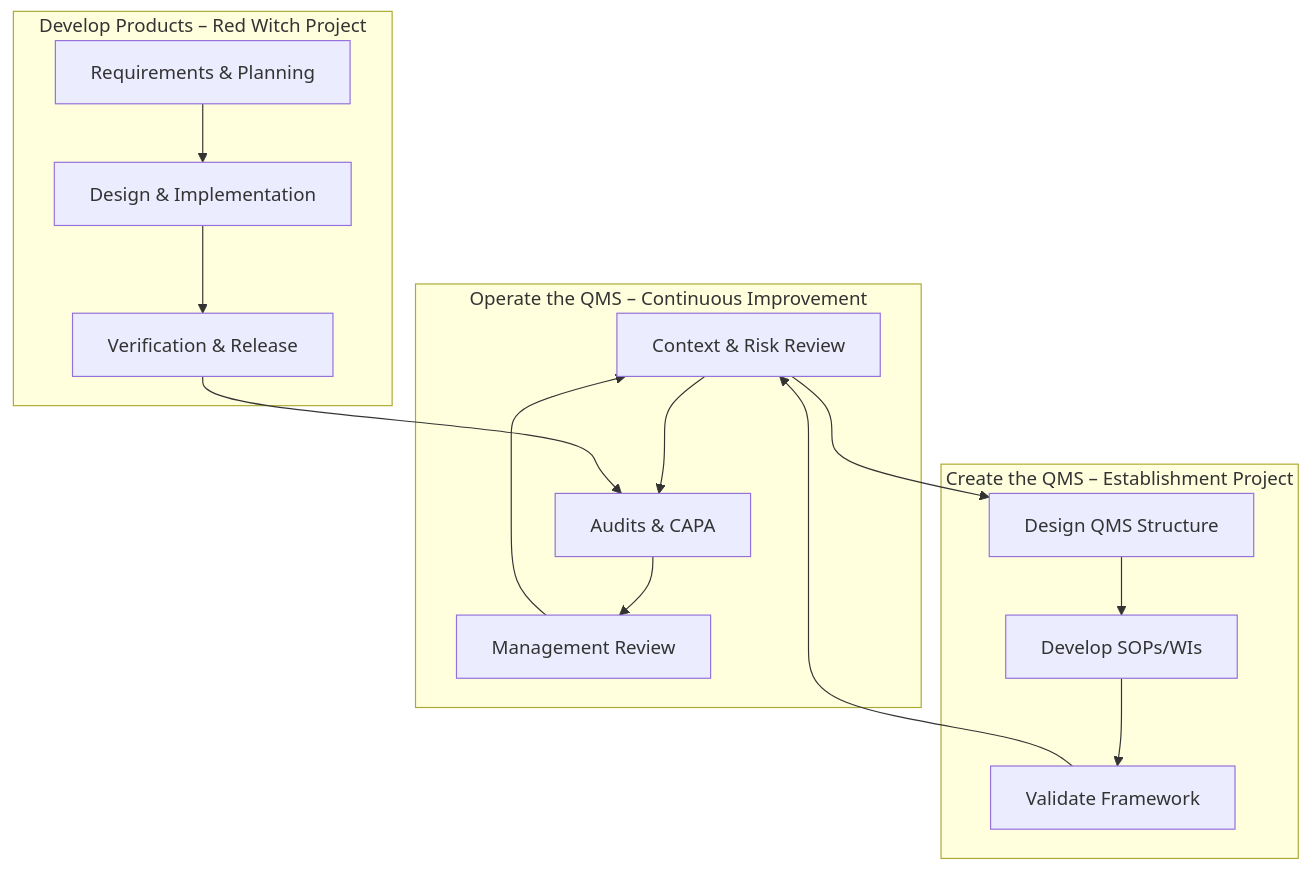
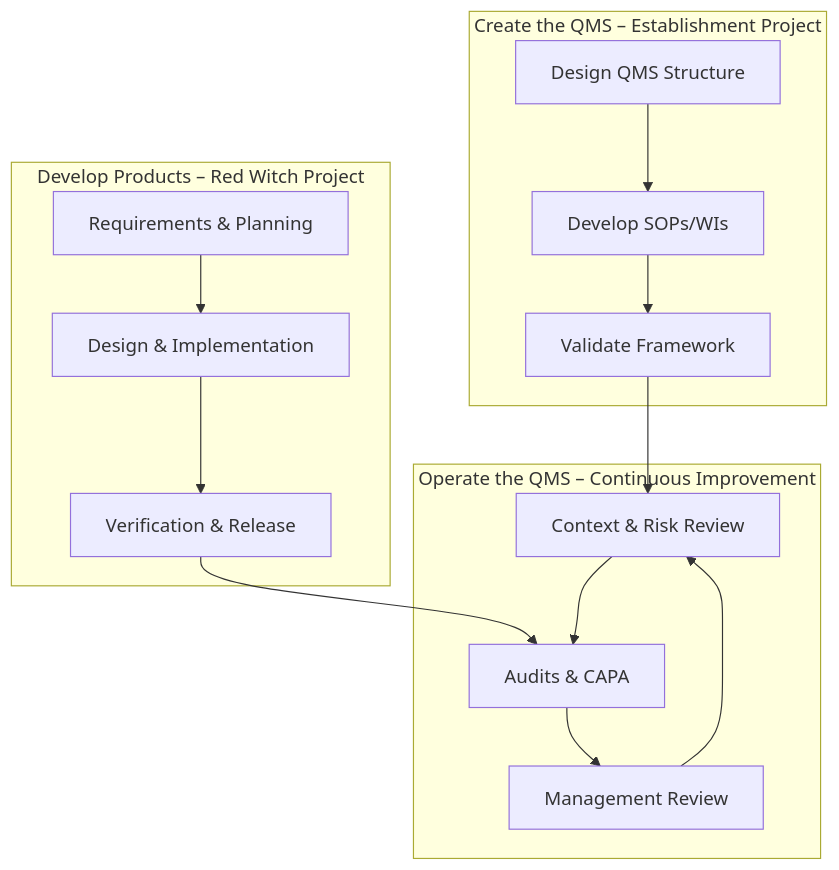
One commit to Floating-Eye-Software/fley-qms changed the second of 2 diagrams in QMS/Process-Map.md. Above: the diagram before and after it, drawn with Mermaid. The commit also changed other lines of this file, not shown here.

Commit message:
add new QMS structure diagram, refs #4

`````diff
--- a/QMS/Process-Map.md
+++ b/QMS/Process-Map.md
@@ -13,16 +77,16 @@
 ```mermaid
 flowchart TD
     subgraph Operate[Operate the QMS – Continuous Improvement]
-        A1[Context & Risk Review] --> A2[Audits & CAPA] --> A3[Management Review]
+        A1[Context & Risk Review] --> A2[Audits & CAPA]
+        A2 --> A3[Management Review]
+        A3 --> A1
     end
     subgraph Create[Create the QMS – Establishment Project]
         B1[Design QMS Structure] --> B2[Develop SOPs/WIs] --> B3[Validate Framework]
+        B3 --> A1
     end
     subgraph Develop[Develop Products – Red Witch Project]
         C1[Requirements & Planning] --> C2[Design & Implementation] --> C3[Verification & Release]
+        C3 --> A2
     end
-    A3 --> A1
-    A1 --> B1
-    B3 --> A1
-    C3 --> A2
-````
+```
`````
